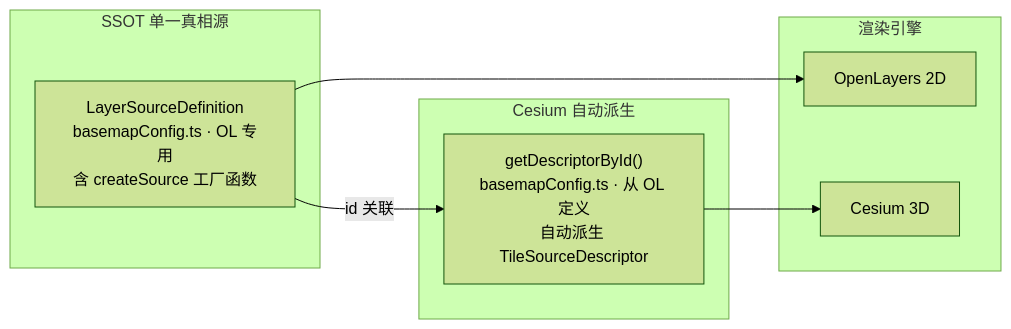
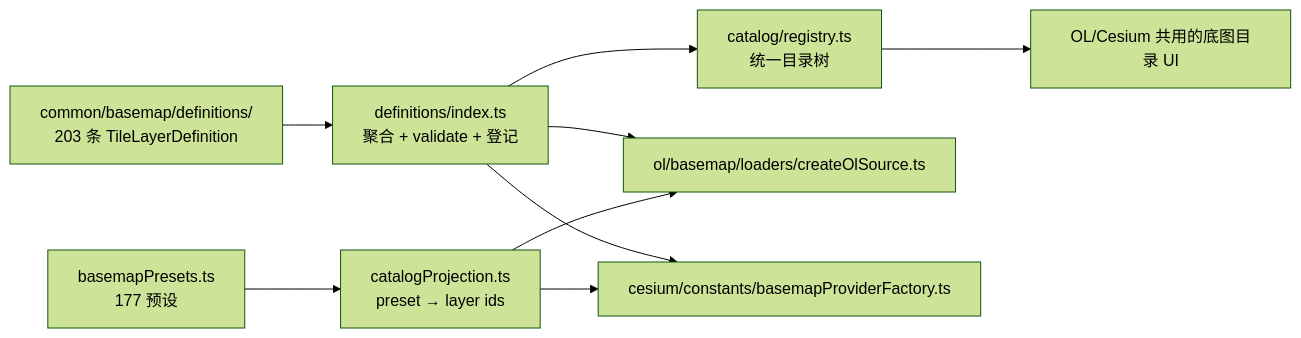
One commit to NEGIAO/WebGIS-Dev changed the diagram in Docs/Architecture/basemap-source-system.md. Above: the diagram before and after it, drawn with Mermaid (forest theme). The commit also changed other lines of this file and 54 other files, not shown here.

First line of the commit message:
补充归档常用400+瓦片并补充访问key；涉及影像、电子地图、地形、历史影像、矢量瓦片等资源；底图能力大幅提高；

````diff
--- a/Docs/Architecture/basemap-source-system.md
+++ b/Docs/Architecture/basemap-source-system.md
@@ -44,19 +40,11 @@
 ```mermaid
 flowchart LR
-    subgraph SSOT["SSOT 单一真相源"]
-        OL["LayerSourceDefinition<br/>basemapConfig.ts · OL 专用<br/>含 createSource 工厂函数"]
-    end
-
-    subgraph DERIVED["Cesium 自动派生"]
-        DESC["getDescriptorById()<br/>basemapConfig.ts · 从 OL 定义<br/>自动派生 TileSourceDescriptor"]
-    end
-
-    subgraph ENGINES["渲染引擎"]
-        OLE["OpenLayers 2D"]
-        CE["Cesium 3D"]
-    end
-
-    OL -- "id 关联" --> DESC
-    OL --> OLE
-    DESC --> CE
+    DEF["common/basemap/definitions/<br/>203 条 TileLayerDefinition"] --> IDX["definitions/index.ts<br/>聚合 + validate + 登记"]
+    IDX --> REG["catalog/registry.ts<br/>统一目录树"]
+    IDX --> OL["ol/basemap/loaders/createOlSource.ts"]
+    IDX --> CE["cesium/constants/basemapProviderFactory.ts"]
+    PRE["basemapPresets.ts<br/>177 预设"] --> PROJ["catalogProjection.ts<br/>preset → layer ids"]
+    PROJ --> OL
+    PROJ --> CE
+    REG --> UI["OL/Cesium 共用的底图目录 UI"]
 ```
````
